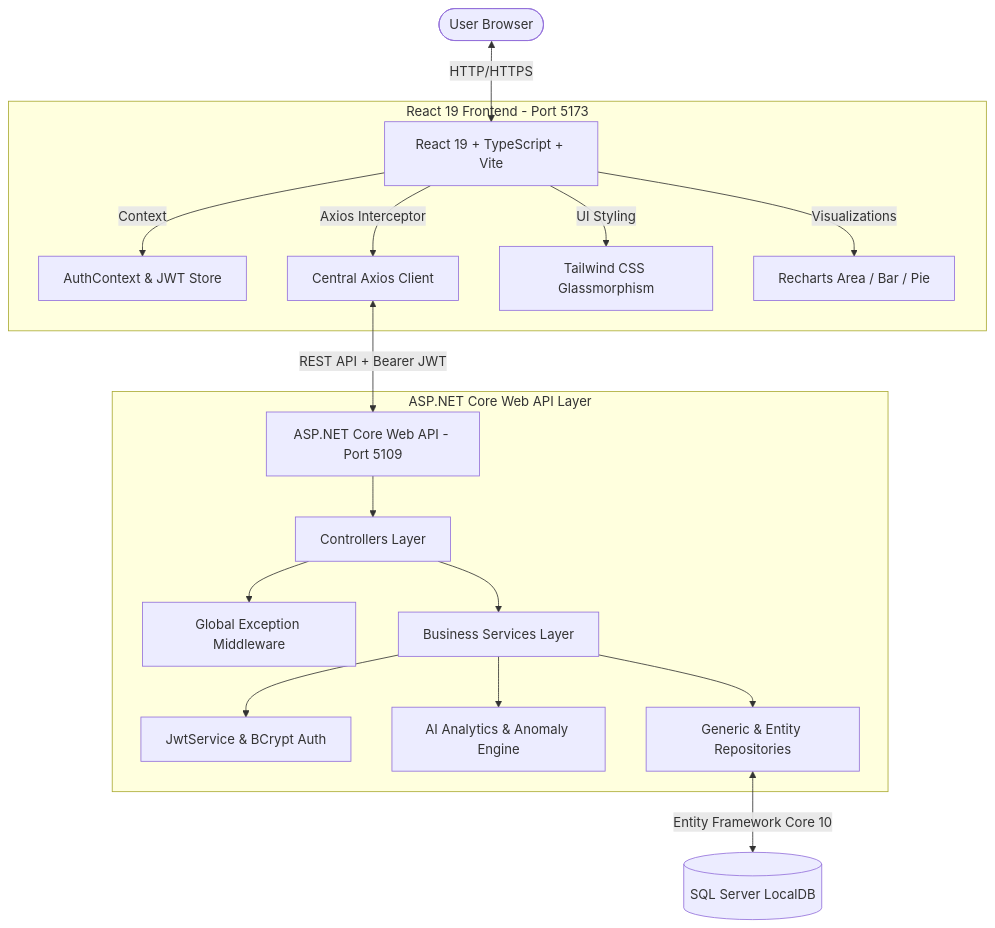
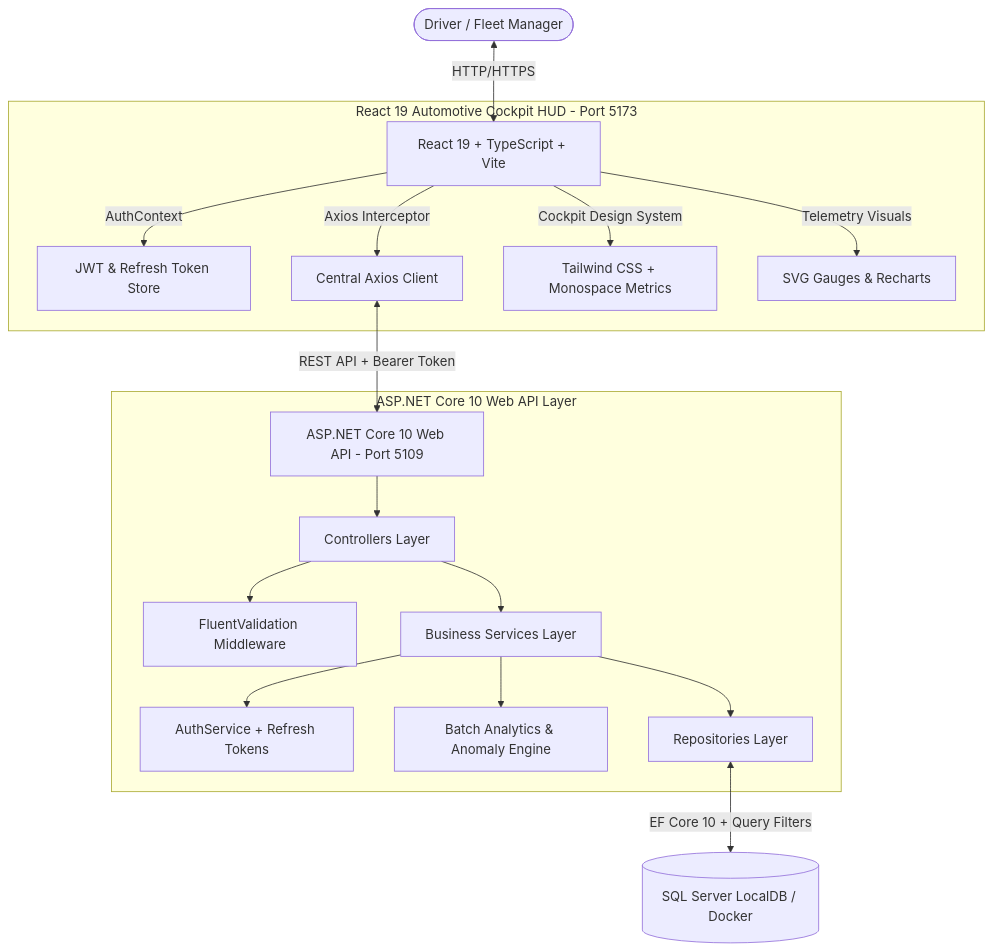
Before and after one commit to KeshavX3/Vehicle-PO: the diagram in README.md, drawn with Mermaid. The commit also changed other lines of this file, not shown here.

````diff
--- a/README.md
+++ b/README.md
@@ -53,24 +68,24 @@
 ```mermaid
 graph TD
-    User([User Browser]) <-->|HTTP/HTTPS| ReactApp[React 19 + TypeScript + Vite]
+    User([Driver / Fleet Manager]) <-->|HTTP/HTTPS| ReactApp[React 19 + TypeScript + Vite]
     
-    subgraph Frontend Layer [React 19 Frontend - Port 5173]
-        ReactApp -->|Context| AuthState[AuthContext & JWT Store]
+    subgraph Frontend Layer [React 19 Automotive Cockpit HUD - Port 5173]
+        ReactApp -->|AuthContext| AuthState[JWT & Refresh Token Store]
         ReactApp -->|Axios Interceptor| AxiosClient[Central Axios Client]
-        ReactApp -->|UI Styling| GlassUI[Tailwind CSS Glassmorphism]
-        ReactApp -->|Visualizations| Charts[Recharts Area / Bar / Pie]
+        ReactApp -->|Cockpit Design System| CockpitUI[Tailwind CSS + Monospace Metrics]
+        ReactApp -->|Telemetry Visuals| Gauges[SVG Gauges & Recharts]
     end
 
-    AxiosClient <-->|REST API + Bearer JWT| API[ASP.NET Core Web API - Port 5109]
+    AxiosClient <-->|REST API + Bearer Token| API[ASP.NET Core 10 Web API - Port 5109]
 
-    subgraph Backend Layer [ASP.NET Core Web API Layer]
+    subgraph Backend Layer [ASP.NET Core 10 Web API Layer]
         API --> Controllers[Controllers Layer]
-        Controllers --> Middleware[Global Exception Middleware]
+        Controllers --> Validation[FluentValidation Middleware]
         Controllers --> Services[Business Services Layer]
-        Services --> JwtService[JwtService & BCrypt Auth]
-        Services --> AnalyticsService[AI Analytics & Anomaly Engine]
-        Services --> Repositories[Generic & Entity Repositories]
+        Services --> AuthService[AuthService + Refresh Tokens]
+        Services --> AnalyticsService[Batch Analytics & Anomaly Engine]
+        Services --> Repositories[Repositories Layer]
     end
 
-    Repositories <-->|Entity Framework Core 10| SQL[(SQL Server LocalDB)]
+    Repositories <-->|EF Core 10 + Query Filters| SQL[(SQL Server LocalDB / Docker)]
 ```
````
